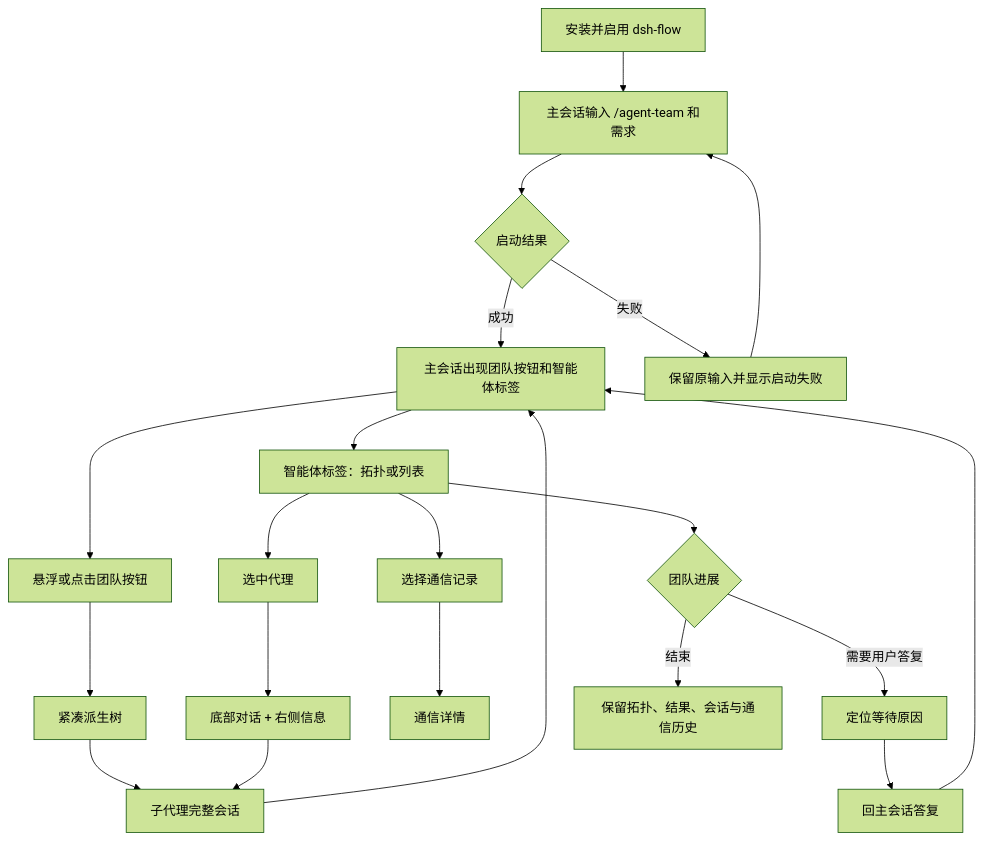
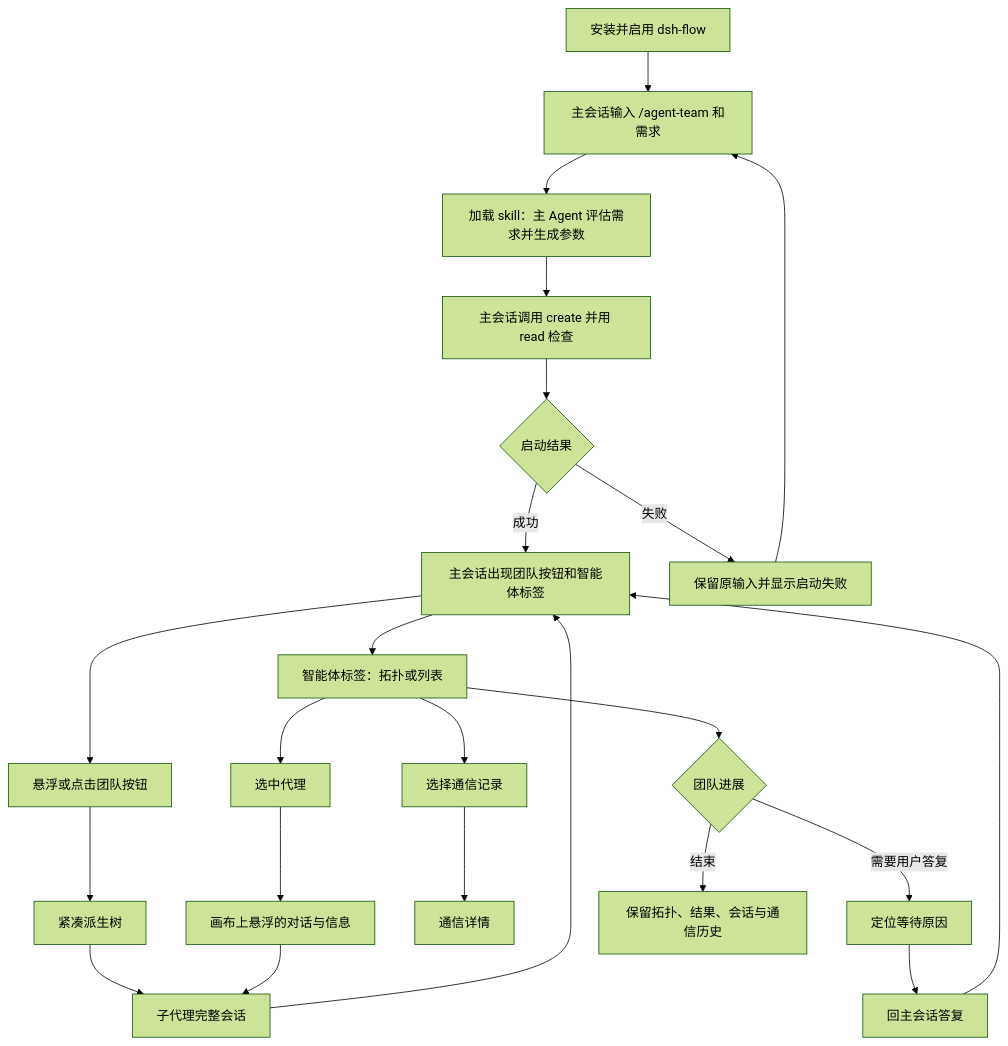
The first of 2 diagrams in docs/plans/ux-design.md (Luohaothu/dsh-flow), drawn with Mermaid (forest theme) before and after one commit. The commit also changed other lines of this file and 113 other files, not shown here.

````diff
--- a/docs/plans/ux-design.md
+++ b/docs/plans/ux-design.md
@@ -100,23 +106,25 @@
 ```mermaid
 flowchart TD
     A[安装并启用 dsh-flow] --> B[主会话输入 /agent-team 和需求]
-    B --> C{启动结果}
+    B --> S[加载 skill：主 Agent 评估需求并生成参数]
+    S --> T[主会话调用 create 并用 read 检查]
+    T --> C{启动结果}
     C -->|成功| D[主会话出现团队按钮和智能体标签]
     C -->|失败| E[保留原输入并显示启动失败]
     E --> B
     D --> F[悬浮或点击团队按钮]
     F --> G[紧凑派生树]
     G --> H[子代理完整会话]
     H --> D
     D --> I[智能体标签：拓扑或列表]
     I --> J[选中代理]
-    J --> K[底部对话 + 右侧信息]
+    J --> K[画布上悬浮的对话与信息]
     K --> H
     I --> L[选择通信记录]
     L --> M[通信详情]
     I --> N{团队进展}
     N -->|需要用户答复| O[定位等待原因]
     O --> P[回主会话答复]
     P --> D
     N -->|结束| Q[保留拓扑、结果、会话与通信历史]
 ```
````
